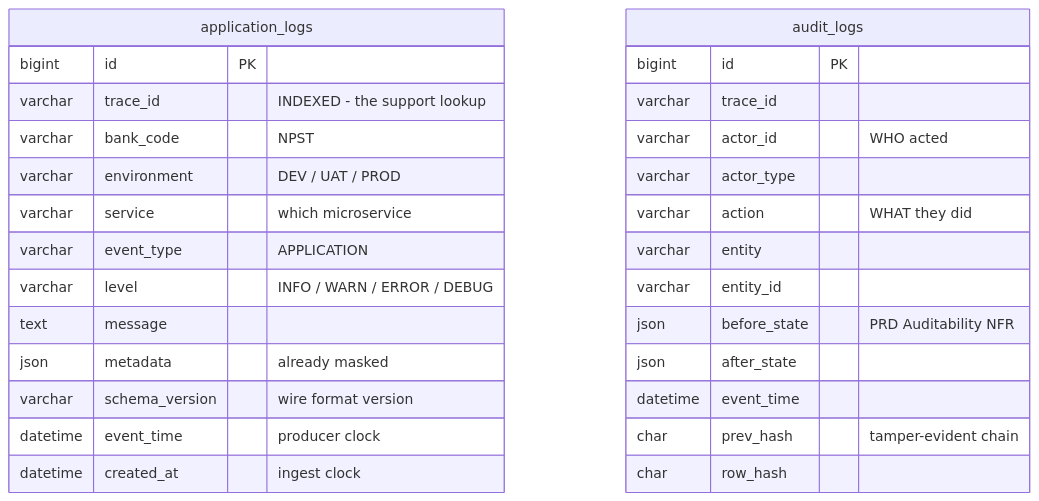
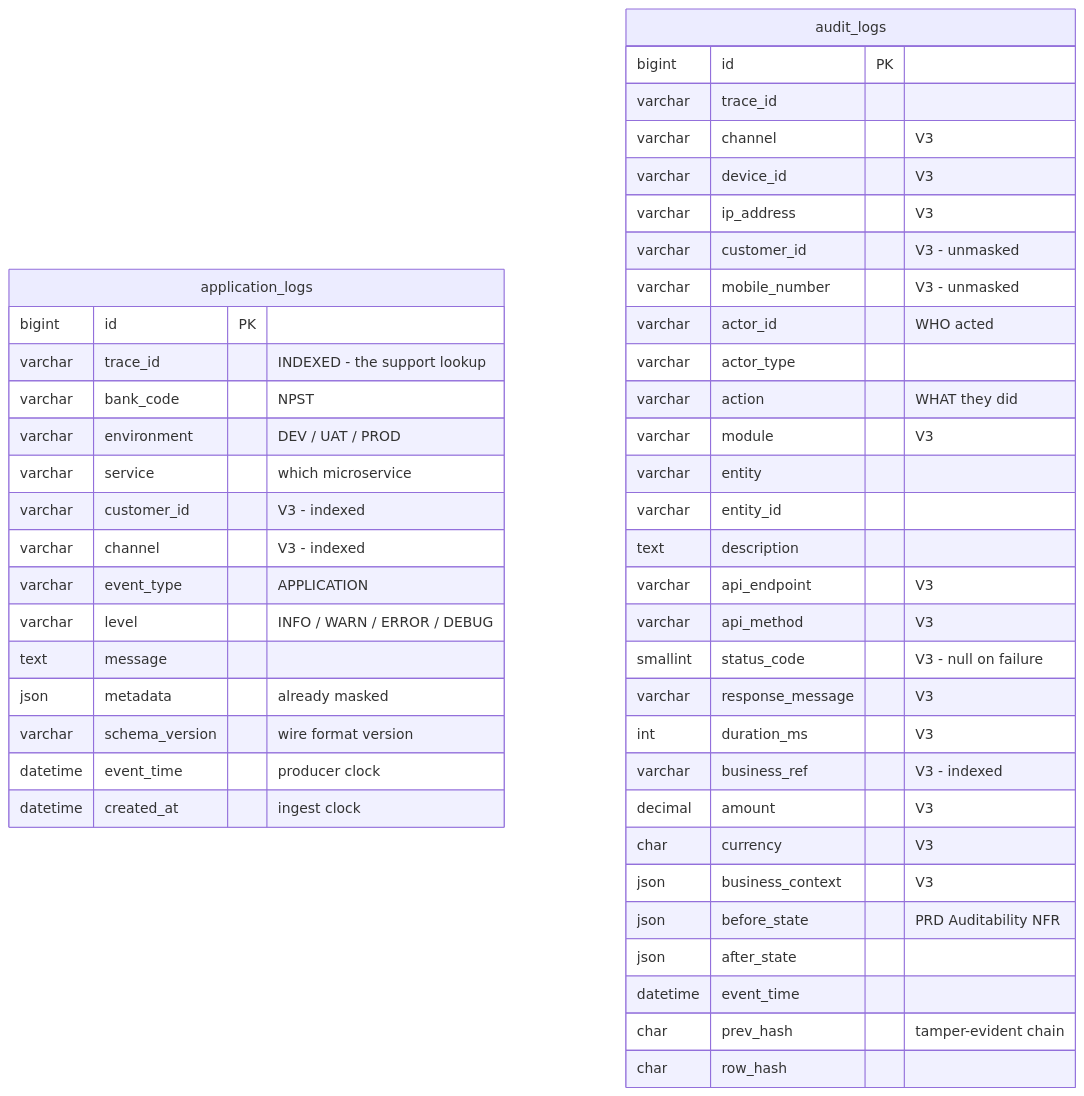
Before and after one commit to abhishjais01/Bharat_Bank: diagram 14 of 18 in ARCHITECTURE.md, drawn with Mermaid. The commit also changed other lines of this file and 111 other files, not shown here.

````diff
--- a/ARCHITECTURE.md
+++ b/ARCHITECTURE.md
@@ -633,32 +692,50 @@
 ```mermaid
 erDiagram
     application_logs {
         bigint id PK
         varchar trace_id "INDEXED - the support lookup"
         varchar bank_code "NPST"
         varchar environment "DEV / UAT / PROD"
         varchar service "which microservice"
+        varchar customer_id "V3 - indexed"
+        varchar channel "V3 - indexed"
         varchar event_type "APPLICATION"
         varchar level "INFO / WARN / ERROR / DEBUG"
         text message
         json metadata "already masked"
         varchar schema_version "wire format version"
         datetime event_time "producer clock"
         datetime created_at "ingest clock"
     }
 
     audit_logs {
         bigint id PK
         varchar trace_id
+        varchar channel "V3"
+        varchar device_id "V3"
+        varchar ip_address "V3"
+        varchar customer_id "V3 - unmasked"
+        varchar mobile_number "V3 - unmasked"
         varchar actor_id "WHO acted"
         varchar actor_type
         varchar action "WHAT they did"
+        varchar module "V3"
         varchar entity
         varchar entity_id
+        text description
+        varchar api_endpoint "V3"
+        varchar api_method "V3"
+        smallint status_code "V3 - null on failure"
+        varchar response_message "V3"
+        int duration_ms "V3"
+        varchar business_ref "V3 - indexed"
+        decimal amount "V3"
+        char currency "V3"
+        json business_context "V3"
         json before_state "PRD Auditability NFR"
         json after_state
         datetime event_time
         char prev_hash "tamper-evident chain"
         char row_hash
     }
 ```
````
